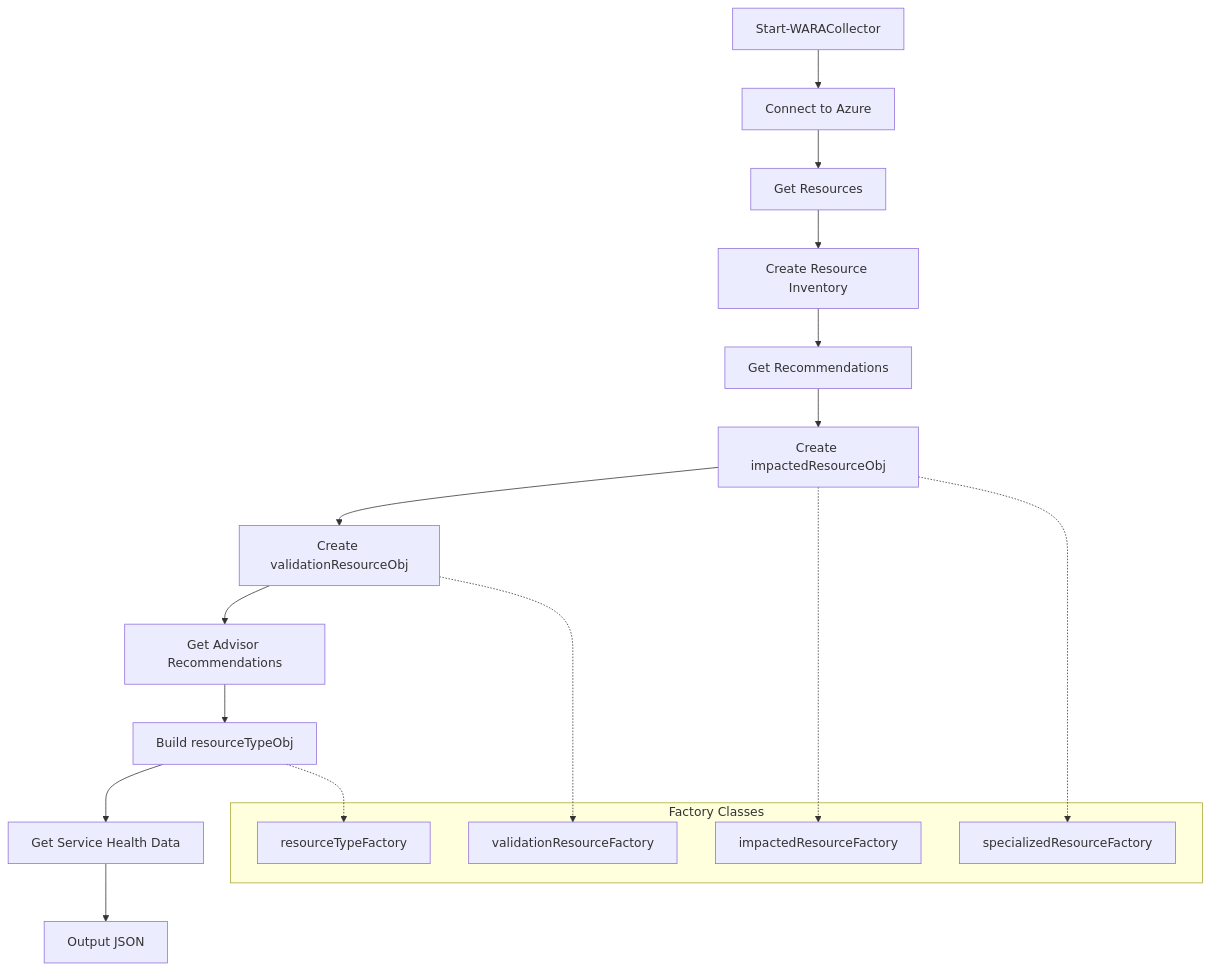
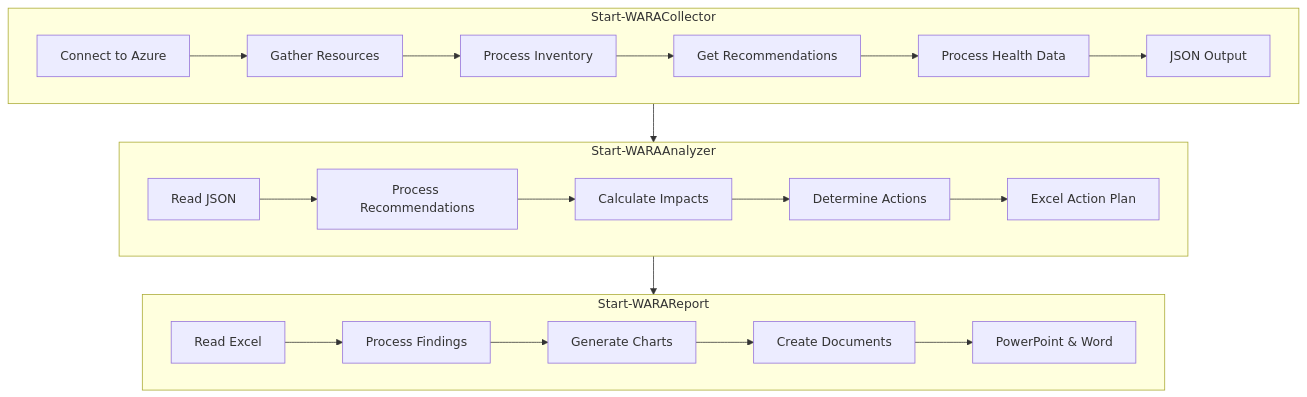
One commit to Azure/Well-Architected-Reliability-Assessment changed the diagram in docs/wara/wara.md. Above: the diagram before and after it, drawn with Mermaid. The commit also changed other lines of this file and 1 other file, not shown here.

Commit message:
Enhance WARA module documentation (#126)
* docs: add WARA Classes documentation, not done, wip

* updated comment based help structure

* Add documentation for WARA module classes

* Enhance documentation for WARA module classes, adding detailed descriptions, properties, constructors, and methods for better clarity and usability.

* Add class diagram and flowchart to WARA module documentation for improved clarity

* Add detailed component flow diagram to WARA documentation, fix md linter issues

* Update README to reflect changes in output file types for Start-WARAReport cmdlet

---------

````diff
--- a/docs/wara/wara.md
+++ b/docs/wara/wara.md
@@ -38,25 +23,20 @@
 ```mermaid
-flowchart TD
-    A[Start-WARACollector] --> B[Connect to Azure]
-    B --> C[Get Resources]
-    C --> D[Create Resource Inventory]
-    D --> E[Get Recommendations]
-    E --> F[Create impactedResourceObj]
-    F --> G[Create validationResourceObj]
-    G --> H[Get Advisor Recommendations]
-    H --> I[Build resourceTypeObj]
-    I --> J[Get Service Health Data]
-    J --> K[Output JSON]
+flowchart TB
+  subgraph Collector [Start-WARACollector]
+    direction LR
+    C1[Connect to Azure] --> C2[Gather Resources] --> C3[Process Inventory] --> C4[Get Recommendations] --> C5[Process Health Data] --> COut[JSON Output]
+  end
 
-    subgraph "Factory Classes"
-    L[impactedResourceFactory]
-    M[validationResourceFactory]
-    N[resourceTypeFactory]
-    O[specializedResourceFactory]
-    end
+  subgraph Analyzer [Start-WARAAnalyzer]
+    direction LR
+    A1[Read JSON] --> A2[Process Recommendations] --> A3[Calculate Impacts] --> A4[Determine Actions] --> AOut[Excel Action Plan]
+  end
 
-    F -.-> L
-    G -.-> M
-    I -.-> N
-    F -.-> O
+  subgraph Reporter [Start-WARAReport]
+    direction LR
+    R1[Read Excel] --> R2[Process Findings] --> R3[Generate Charts] --> R4[Create Documents] --> ROut[PowerPoint & Word]
+  end
+
+  Collector --> Analyzer
+  Analyzer --> Reporter
 ```
````
